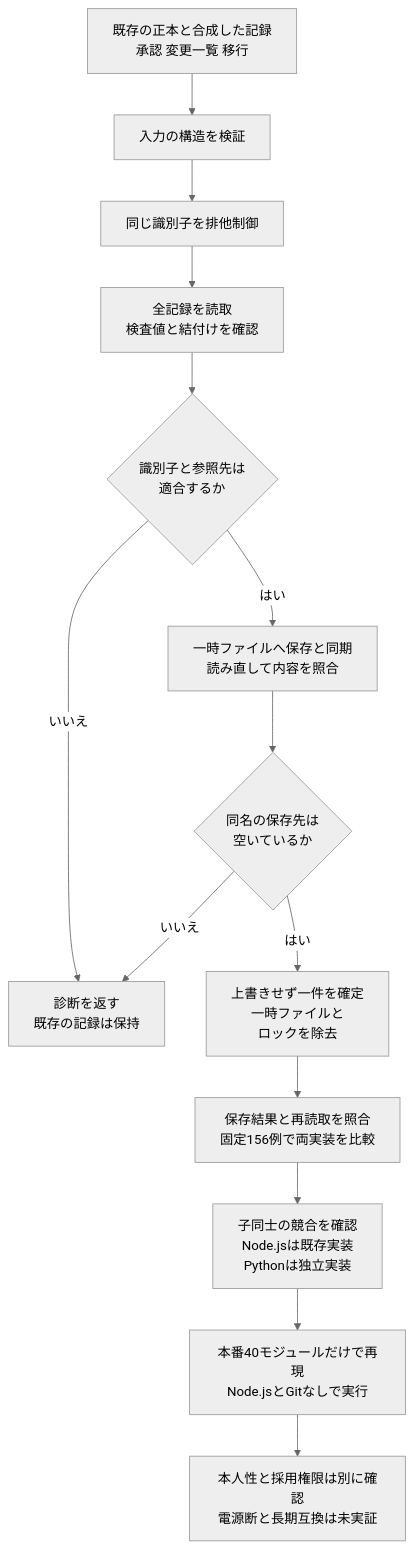
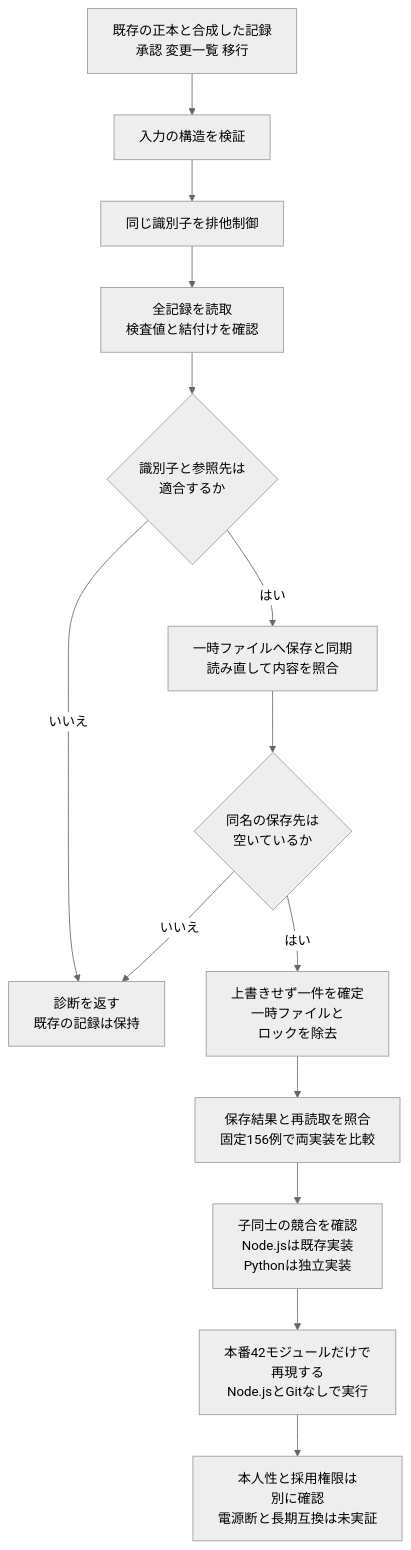
The diagram in docs/diagrams/python-ledger-store.mmd (koukemo/morivyx), drawn with Mermaid (neutral theme) before and after one commit. The commit also changed 28 other files, not shown here.

```diff
--- a/docs/diagrams/python-ledger-store.mmd
+++ b/docs/diagrams/python-ledger-store.mmd
@@ -1,14 +1,14 @@
 flowchart TD
   A[既存の正本と合成した記録<br/>承認 変更一覧 移行] --> B[入力の構造を検証]
   B --> C[同じ識別子を排他制御]
   C --> D[全記録を読取<br/>検査値と結付けを確認]
   D --> E{識別子と参照先は<br/>適合するか}
   E -->|いいえ| F[診断を返す<br/>既存の記録は保持]
   E -->|はい| G[一時ファイルへ保存と同期<br/>読み直して内容を照合]
   G --> H{同名の保存先は<br/>空いているか}
   H -->|いいえ| F
   H -->|はい| I[上書きせず一件を確定<br/>一時ファイルと<br/>ロックを除去]
   I --> J[保存結果と再読取を照合<br/>固定156例で両実装を比較]
   J --> K[子同士の競合を確認<br/>Node.jsは既存実装<br/>Pythonは独立実装]
-  K --> L[本番40モジュールだけで再現<br/>Node.jsとGitなしで実行]
-  L --> M[本人性と採用権限は別に確認<br/>電源断と長期互換は未実証]
+  K --> L[本番42モジュールだけで<br/>再現する<br/>Node.jsとGitなしで実行]
+  L --> M[本人性と採用権限は<br/>別に確認<br/>電源断と長期互換は未実証]
```
